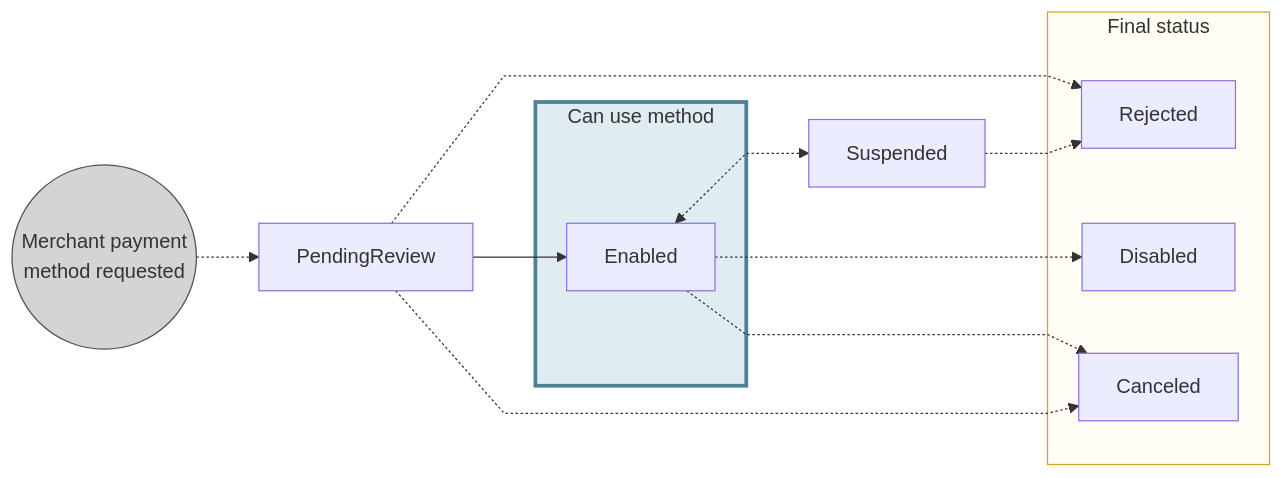
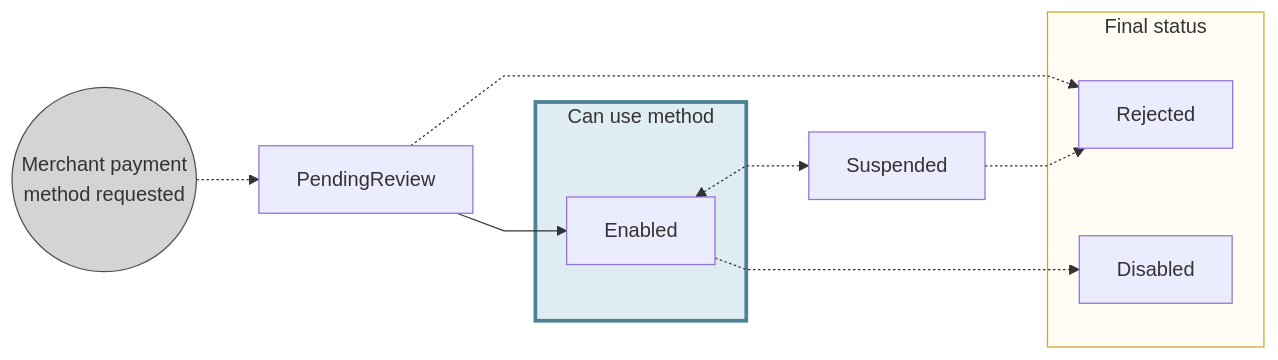
One commit to swan-io/docs changed the second of 2 diagrams in docs/topics/merchants/index.mdx. Above: the diagram before and after it, drawn with Mermaid. The commit also changed other lines of this file, not shown here.

````diff
--- a/docs/topics/merchants/index.mdx
+++ b/docs/topics/merchants/index.mdx
@@ -122,23 +111,20 @@
 ```mermaid
 %%{ init: { 'flowchart': { 'curve': 'linear' } } }%%
 flowchart LR
     MPMR((Merchant payment<br/>method requested)) -.-> PR[PendingReview]
     PR -.-> R[Rejected]
     PR --> E[Enabled]
     E <-.-> S[Suspended]
     S -.-> R
     E -.-> D[Disabled]
-    E -.-> C[Canceled]
-    PR -.-> C
     subgraph U[Can use method]
         E
     end
     subgraph F[Final status]
         D
         R
-        C
     end
     style MPMR fill:#D4D3D5,stroke:#514F59
     style F fill:#fffdf4,stroke:#cca922
     style U fill:#dfedf2,stroke:#4d8296, stroke-width:3px
 ```
````
